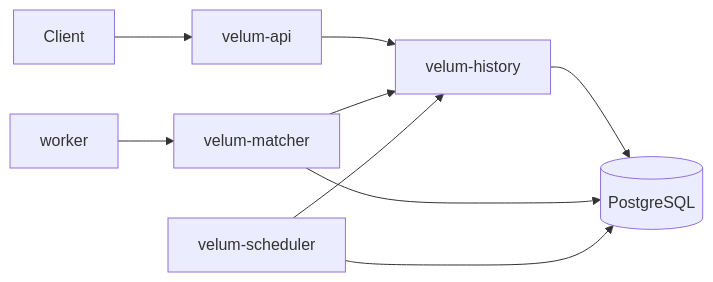
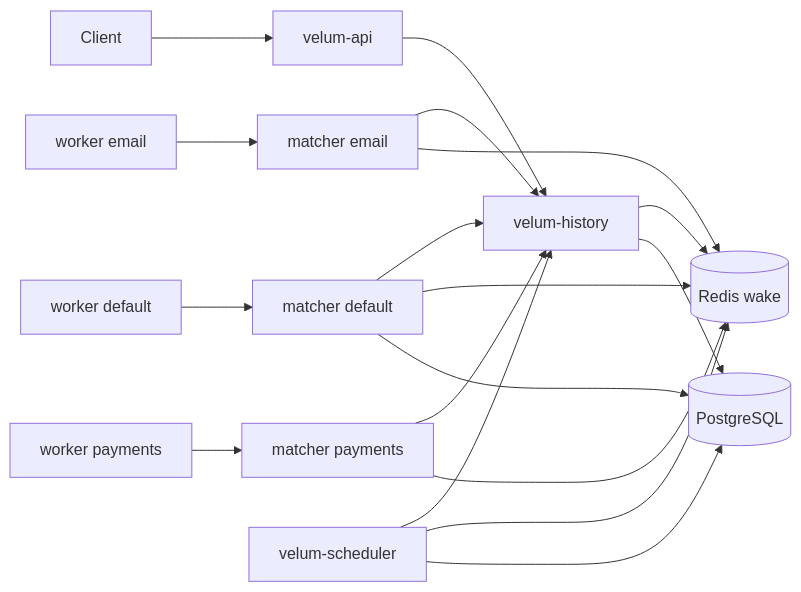
The diagram in README.md (0xrameshh/velum), drawn with Mermaid before and after one commit. The commit also changed other lines of this file and 26 other files, not shown here.

````diff
--- a/README.md
+++ b/README.md
@@ -146,11 +174,20 @@
 ```mermaid
 flowchart LR
   Client --> API[velum-api]
   API --> Hist[velum-history]
-  Match[velum-matcher] --> Hist
+  Hist --> Redis[(Redis wake)]
+  Hist --> PG[(PostgreSQL)]
+  MatchD[matcher default] --> Hist
+  MatchE[matcher email] --> Hist
+  MatchP[matcher payments] --> Hist
+  MatchD --> Redis
+  MatchE --> Redis
+  MatchP --> Redis
+  MatchD --> PG
   Sched[velum-scheduler] --> Hist
-  Hist --> PG[(PostgreSQL)]
-  Match --> PG
+  Sched --> Redis
   Sched --> PG
-  W1[worker] --> Match
+  W1[worker default] --> MatchD
+  W2[worker email] --> MatchE
+  W3[worker payments] --> MatchP
 ```
````
